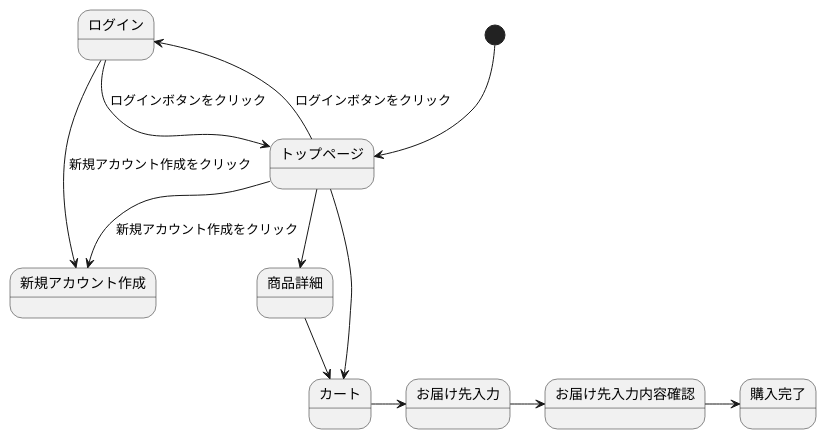
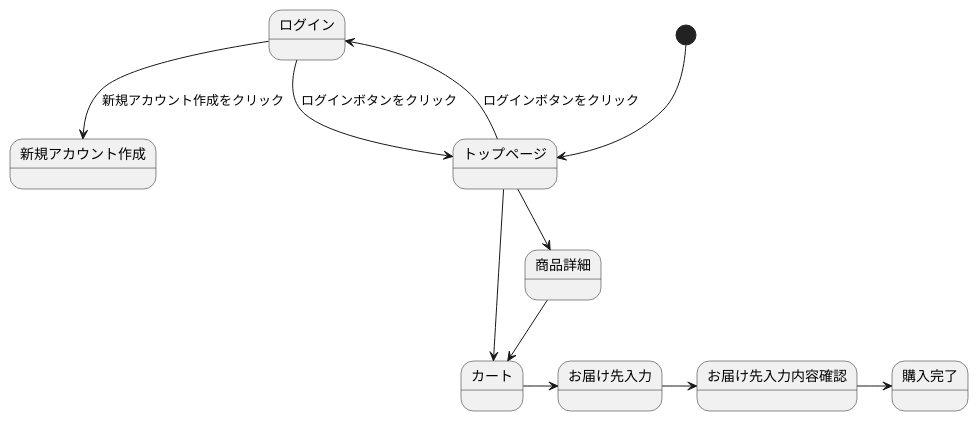
The diagram in sumple_01.md (Aso2001133/2021sys-design), drawn with PlantUML before and after one commit.

````diff
--- a/sumple_01.md
+++ b/sumple_01.md
@@ -1,15 +1,14 @@
 ```uml
 @startuml
 [*] --> トップページ
 トップページ -left-> ログイン : ログインボタンをクリック
-トップページ --> 新規アカウント作成 :新規アカウント作成をクリック
 トップページ --> カート
 トップページ --> 商品詳細
 ログイン --> トップページ : ログインボタンをクリック
 ログイン --> 新規アカウント作成 :新規アカウント作成をクリック
 商品詳細 --> カート
 カート -> お届け先入力
 お届け先入力 -> お届け先入力内容確認
 お届け先入力内容確認 -> 購入完了
 @enduml
 ```
````
